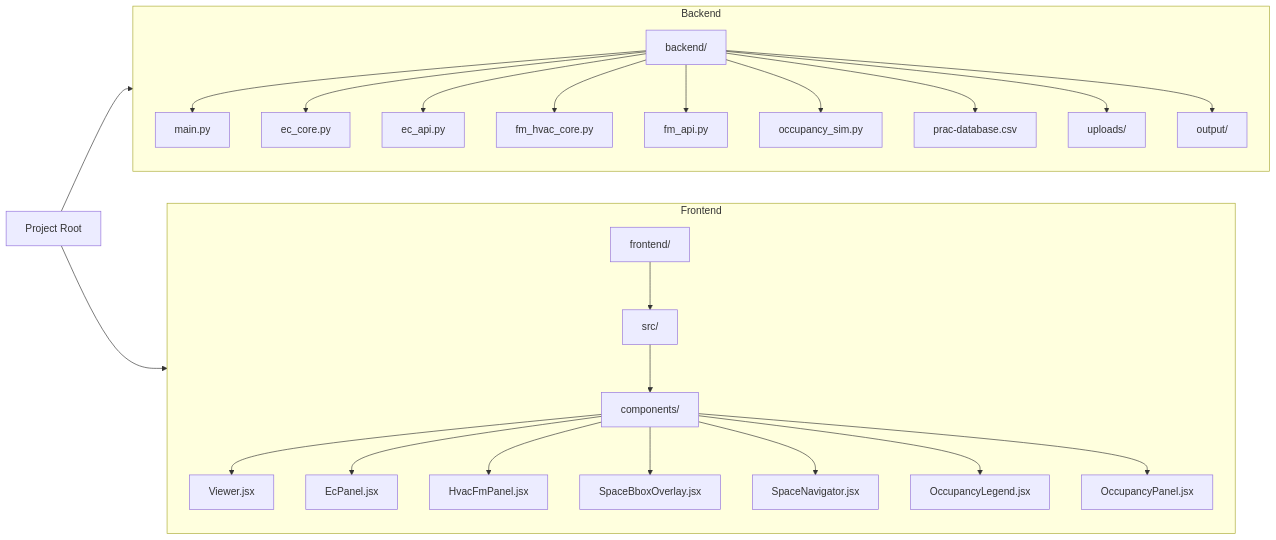
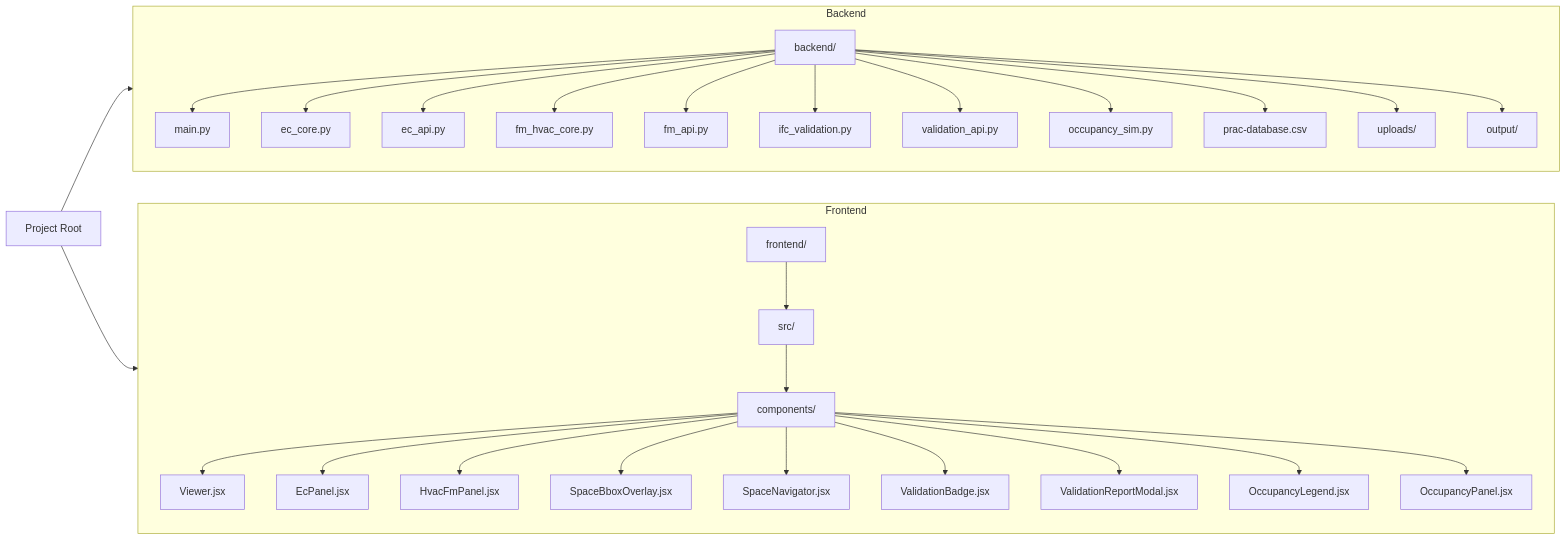
Before and after one commit to Naveendinula/DigitalTwin: the second of 8 diagrams in SYSTEM_MAP.md, drawn with Mermaid. The commit also changed other lines of this file and 7 other files, not shown here.

First line of the commit message:
Add IFC validation feature and update docs/UI

````diff
--- a/SYSTEM_MAP.md
+++ b/SYSTEM_MAP.md
@@ -76,53 +81,61 @@
 ```mermaid
 graph LR
     Root[Project Root]
     
     subgraph Backend
         BE[backend/]
         Main[main.py]
         Core[ec_core.py]
         API[ec_api.py]
         FmCore[fm_hvac_core.py]
         FmAPI[fm_api.py]
+        ValCore[ifc_validation.py]
+        ValAPI[validation_api.py]
         DB[prac-database.csv]
         Uploads[uploads/]
         Output[output/]
         
         BE --> Main
         BE --> Core
         BE --> API
         BE --> FmCore
         BE --> FmAPI
+        BE --> ValCore
+        BE --> ValAPI
         OccSim2[occupancy_sim.py]
         BE --> OccSim2
         BE --> DB
         BE --> Uploads
         BE --> Output
     end
     
     subgraph Frontend
         FE[frontend/]
         Src[src/]
         Comps[components/]
         Viewer[Viewer.jsx]
         Panel[EcPanel.jsx]
         HvacPanel[HvacFmPanel.jsx]
         SpaceOverlay[SpaceBboxOverlay.jsx]
         SpaceNav[SpaceNavigator.jsx]
+        ValBadge[ValidationBadge.jsx]
+        ValModal[ValidationReportModal.jsx]
         
         FE --> Src
         Src --> Comps
         Comps --> Viewer
         Comps --> Panel
         Comps --> HvacPanel
         Comps --> SpaceOverlay
         Comps --> SpaceNav
+        Comps --> ValBadge
+        Comps --> ValModal
         OccLegend[OccupancyLegend.jsx]
         OccPanel[OccupancyPanel.jsx]
         Comps --> OccLegend
         Comps --> OccPanel
     end
     
     Root --> Backend
     Root --> Frontend
 ```
````
